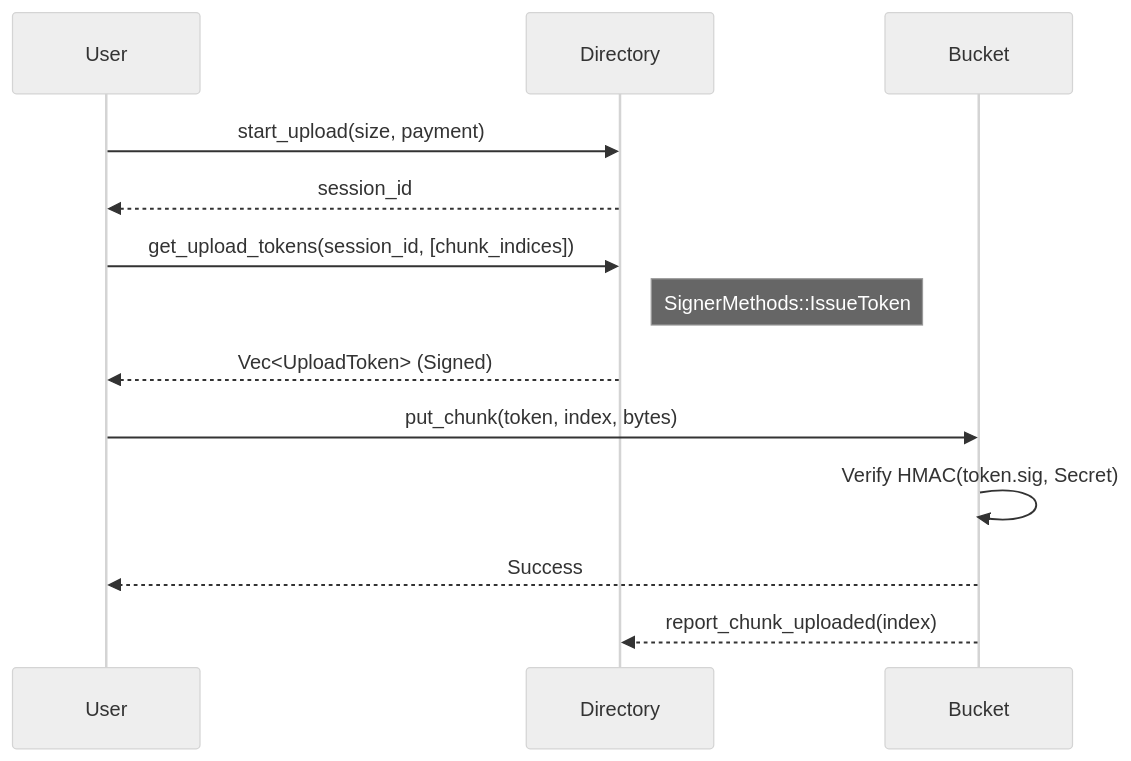
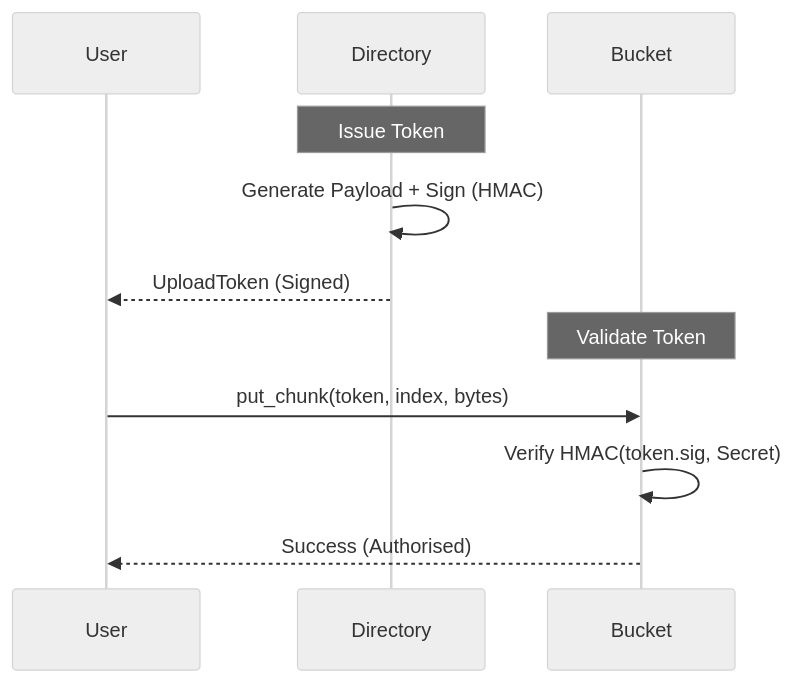
The diagram in UPLOAD_TOKENS.md (AntonioVentilii/vault-core), drawn with Mermaid (neutral theme) before and after one commit. The commit also changed other lines of this file and 1 other file, not shown here.

Commit message:
Documentation

````diff
--- a/UPLOAD_TOKENS.md
+++ b/UPLOAD_TOKENS.md
@@ -24,19 +24,15 @@
 ```mermaid
 sequenceDiagram
     participant User
     participant Directory
     participant Bucket
 
-    User->>Directory: start_upload(size, payment)
-    Directory-->>User: session_id
+    Note over Directory: Issue Token
+    Directory->>Directory: Generate Payload + Sign (HMAC)
+    Directory-->>User: UploadToken (Signed)
 
-    User->>Directory: get_upload_tokens(session_id, [chunk_indices])
-    Note right of Directory: SignerMethods::IssueToken
-    Directory-->>User: Vec<UploadToken> (Signed)
-
+    Note over Bucket: Validate Token
     User->>Bucket: put_chunk(token, index, bytes)
     Bucket->>Bucket: Verify HMAC(token.sig, Secret)
-    Bucket-->>User: Success
-
-    Bucket-->>Directory: report_chunk_uploaded(index)
+    Bucket-->>User: Success (Authorised)
 ```
````
